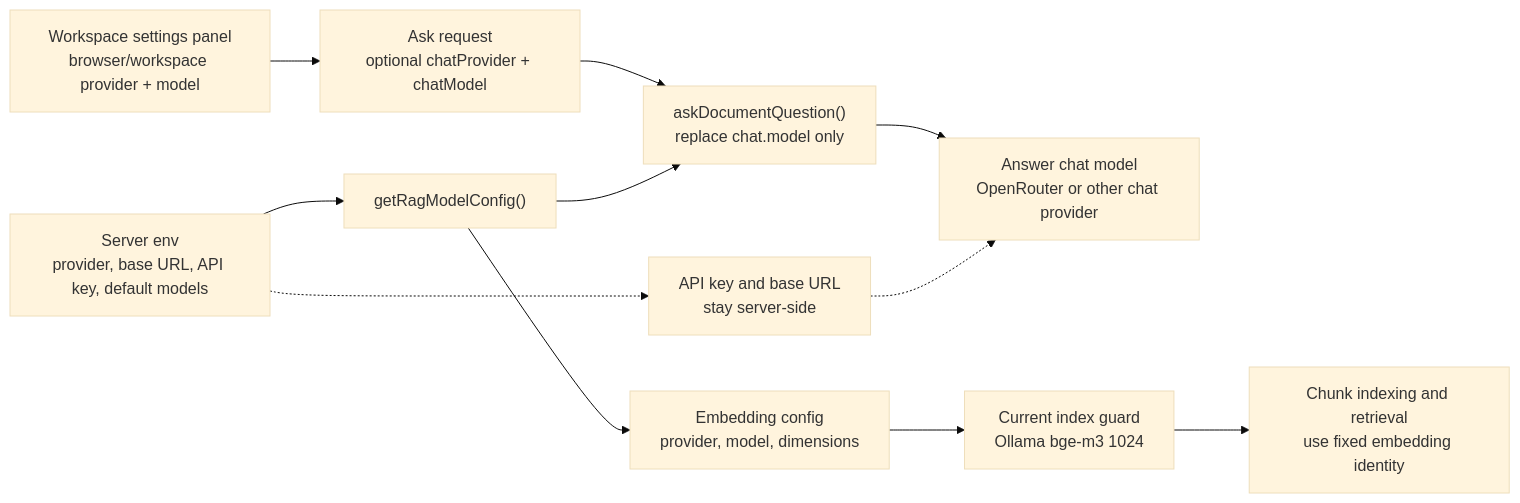
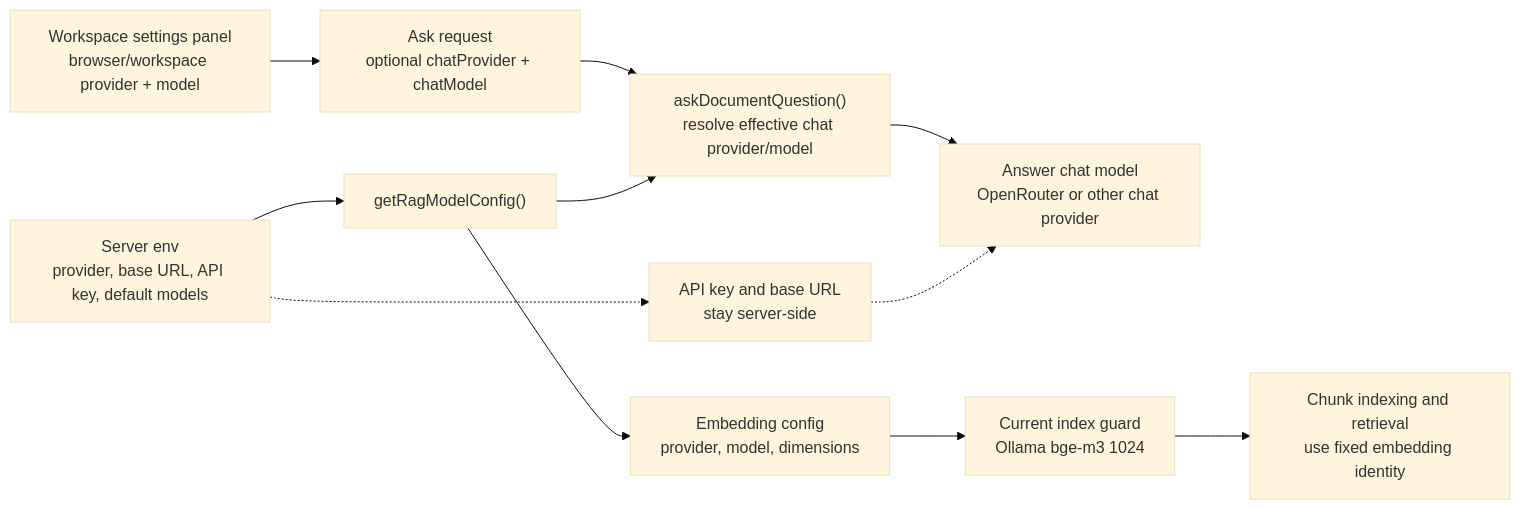
The second of 2 diagrams in wiki/RAG Process Workflow.md (dschoi30/munjib), drawn with Mermaid (base theme) before and after one commit. The commit also changed other lines of this file and 6 other files, not shown here.

````diff
--- a/wiki/RAG Process Workflow.md
+++ b/wiki/RAG Process Workflow.md
@@ -147,13 +147,13 @@
 ```mermaid
 flowchart LR
     ServerEnv["Server env<br/>provider, base URL, API key, default models"] --> Config["getRagModelConfig()"]
     Settings["Workspace settings panel<br/>browser/workspace provider + model"] --> Request["Ask request<br/>optional chatProvider + chatModel"]
-    Request --> Override["askDocumentQuestion()<br/>replace chat.model only"]
+    Request --> Override["askDocumentQuestion()<br/>resolve effective chat provider/model"]
     Config --> Override
     Override --> Chat["Answer chat model<br/>OpenRouter or other chat provider"]
     Config --> Embedding["Embedding config<br/>provider, model, dimensions"]
     Embedding --> Guard["Current index guard<br/>Ollama bge-m3 1024"]
     Guard --> Retrieval["Chunk indexing and retrieval<br/>use fixed embedding identity"]
     ServerEnv -.-> ServerOnly["API key and base URL<br/>stay server-side"]
     ServerOnly -.-> Chat
 ```
````
